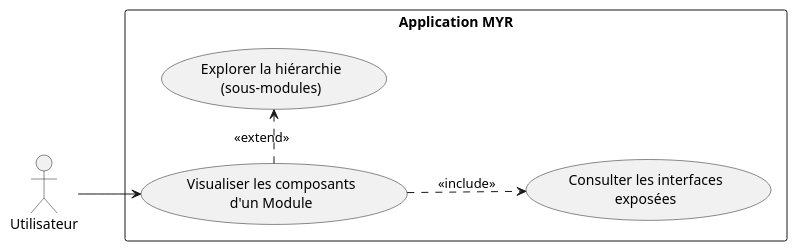
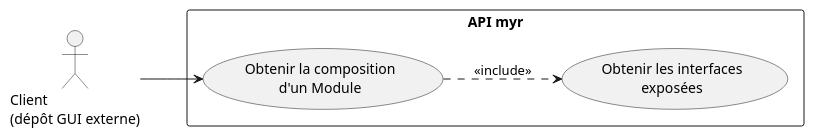
The first of 2 diagrams in specs/2-Analyse/UCMOD-Module/UCMOD04.md (olivaux/myr), drawn with PlantUML before and after one commit. The commit also changed other lines of this file and 72 other files, not shown here.

````diff
--- a/specs/2-Analyse/UCMOD-Module/UCMOD04.md
+++ b/specs/2-Analyse/UCMOD-Module/UCMOD04.md
@@ -14,18 +14,16 @@
 ```plantuml
 @startuml
 left to right direction
 
-actor "Utilisateur" as U
+actor "Client\n(dépôt GUI externe)" as U
 
-rectangle "Application MYR" {
-    usecase "Visualiser les composants\nd'un Module" as UC1
-    usecase "Explorer la hiérarchie\n(sous-modules)" as UC2
-    usecase "Consulter les interfaces\nexposées" as UC3
+rectangle "API myr" {
+    usecase "Obtenir la composition\nd'un Module" as UC1
+    usecase "Obtenir les interfaces\nexposées" as UC3
 }
 
 U --> UC1
-UC1 .> UC2 : <<extend>>
 UC1 ..> UC3 : <<include>>
 
 @enduml
 ```
````
